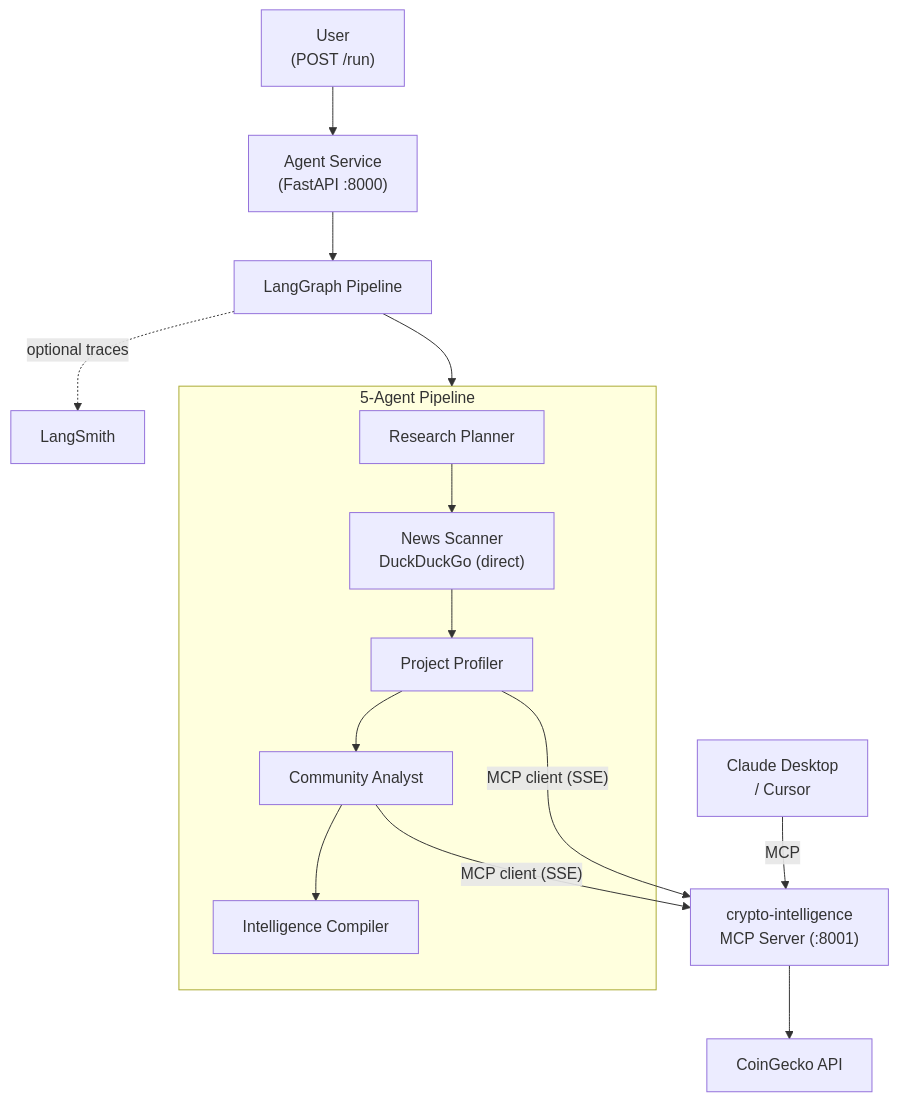
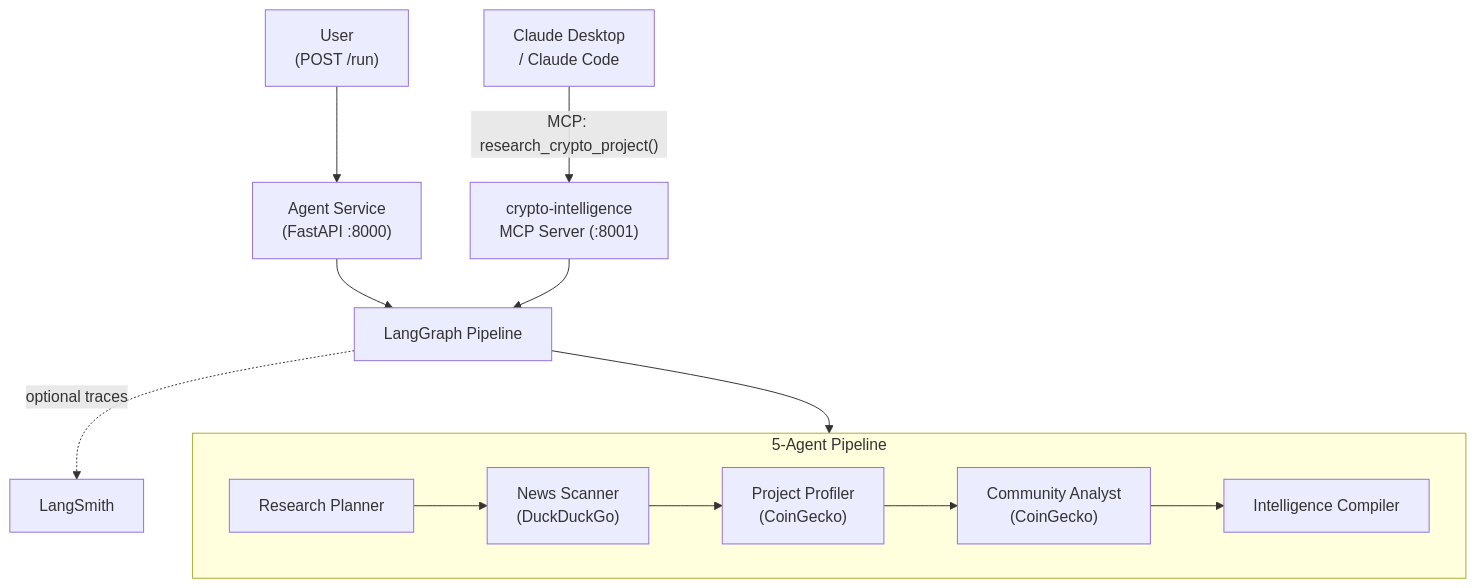
The diagram in examples/02-mcp-tool-integration/README.md (ksopyla/agent-patterns-lab), drawn with Mermaid before and after one commit. The commit also changed other lines of this file and 13 other files, not shown here.

````diff
--- a/examples/02-mcp-tool-integration/README.md
+++ b/examples/02-mcp-tool-integration/README.md
@@ -98,22 +84,20 @@
 ```mermaid
 graph TD
+    ClaudeDesktop["Claude Desktop\n/ Claude Code"] -->|"MCP: research_crypto_project()"| MCP["crypto-intelligence\nMCP Server (:8001)"]
     User["User\n(POST /run)"] --> FastAPI["Agent Service\n(FastAPI :8000)"]
     FastAPI --> Pipeline["LangGraph Pipeline"]
+    MCP --> Pipeline
     subgraph agents ["5-Agent Pipeline"]
         Planner["Research Planner"]
-        Scanner["News Scanner\nDuckDuckGo (direct)"]
-        Profiler["Project Profiler"]
-        Analyst["Community Analyst"]
+        Scanner["News Scanner\n(DuckDuckGo)"]
+        Profiler["Project Profiler\n(CoinGecko)"]
+        Analyst["Community Analyst\n(CoinGecko)"]
         Compiler["Intelligence Compiler"]
         Planner --> Scanner
         Scanner --> Profiler
         Profiler --> Analyst
         Analyst --> Compiler
     end
     Pipeline --> agents
-    Profiler -->|"MCP client (SSE)"| CryptoMCP["crypto-intelligence\nMCP Server (:8001)"]
-    Analyst -->|"MCP client (SSE)"| CryptoMCP
-    CryptoMCP --> CoinGecko["CoinGecko API"]
-    ClaudeDesktop["Claude Desktop\n/ Cursor"] -->|MCP| CryptoMCP
     Pipeline -.->|"optional traces"| LangSmith["LangSmith"]
 ```
````
